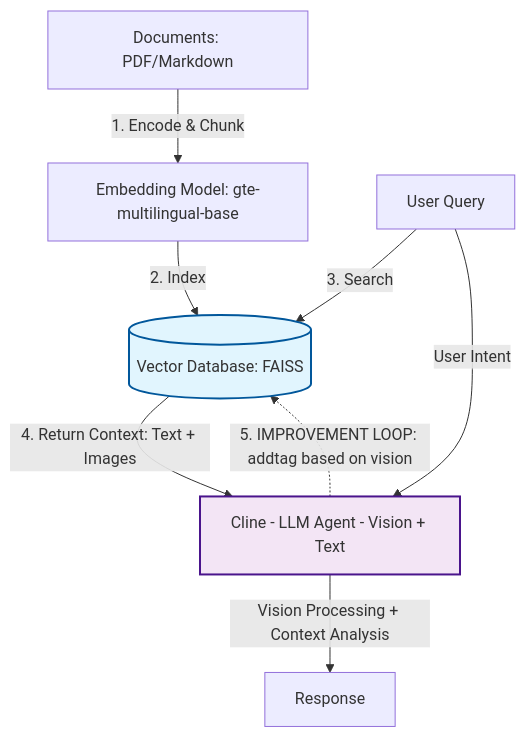
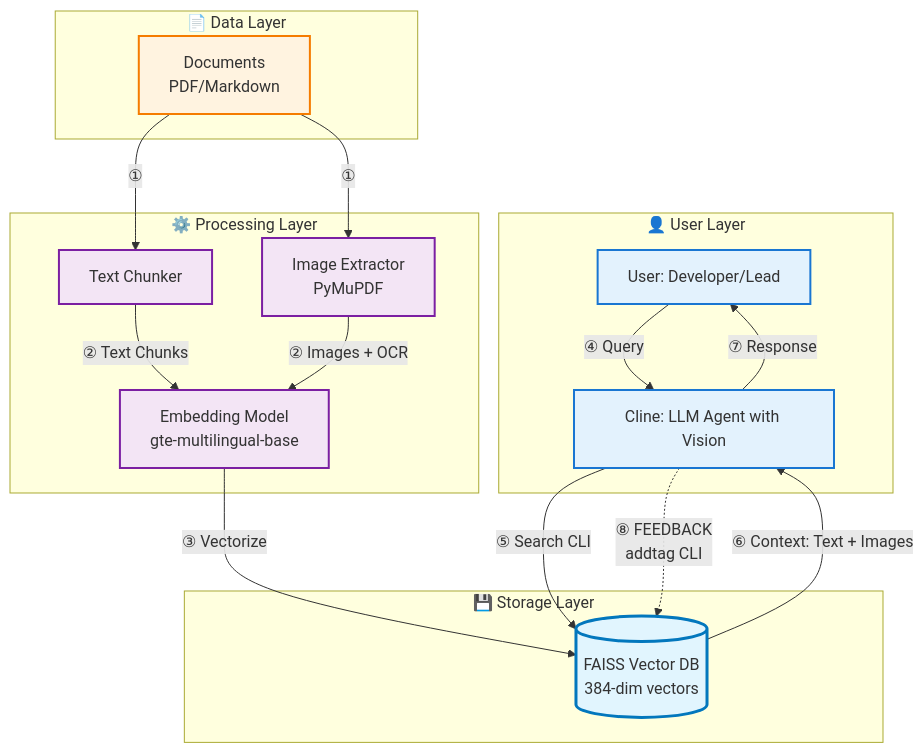
Before and after one commit to ngcix/doc-rag: the fourth of 4 diagrams in report-doc/10-debuit-clineSR.md, drawn with Mermaid. The commit also changed other lines of this file, not shown here.

````diff
--- a/report-doc/10-debuit-clineSR.md
+++ b/report-doc/10-debuit-clineSR.md
@@ -415,31 +415,46 @@
 ```mermaid
-flowchart TD
-    Docs[Documents: PDF/Markdown]
-    Embed[Embedding Model: gte-multilingual-base]
-    DB[(Vector Database: FAISS)]
-    Query[User Query]
-    Cline[Cline - LLM Agent - Vision + Text]
-    Response[Response]
-
-    %% Flow 1: Ingestion
-    Docs -->|1. Encode & Chunk| Embed
-    Embed -->|2. Index| DB
-
-    %% Flow 2: Retrieval
-    Query -->|3. Search| DB
-    DB -->|4. Return Context: Text + Images| Cline
+graph TB
+    subgraph UserLayer [👤 User Layer]
+        User[User: Developer/Lead]
+        Cline[Cline: LLM Agent with Vision]
+    end
     
-    %% Flow 3: Generation
-    Query -->|User Intent| Cline
-    Cline -->|Vision Processing + Context Analysis| Response
-
-    %% Flow 4: Feedback Loop
-    Cline -.->|5. IMPROVEMENT LOOP: addtag based on vision| DB
+    subgraph DataLayer [📄 Data Layer]
+        Docs[Documents<br/>PDF/Markdown]
+    end
+    
+    subgraph ProcessingLayer [⚙️ Processing Layer]
+        Chunker[Text Chunker]
+        ImgExt[Image Extractor<br/>PyMuPDF]
+        Embed[Embedding Model<br/>gte-multilingual-base]
+    end
+    
+    subgraph StorageLayer [💾 Storage Layer]
+        DB[(FAISS Vector DB<br/>384-dim vectors)]
+    end
+    
+    %% Numbered Flow
+    Docs -->|①| Chunker
+    Docs -->|①| ImgExt
+    Chunker -->|② Text Chunks| Embed
+    ImgExt -->|② Images + OCR| Embed
+    Embed -->|③ Vectorize| DB
+    
+    User -->|④ Query| Cline
+    Cline -->|⑤ Search CLI| DB
+    DB -->|⑥ Context: Text + Images| Cline
+    Cline -->|⑦ Response| User
+    
+    Cline -.->|⑧ FEEDBACK<br/>addtag CLI| DB
     
     %% Styling
-    classDef storage fill:#e1f5fe,stroke:#01579b,stroke-width:2px
-    classDef agent fill:#f3e5f5,stroke:#4a148c,stroke-width:2px
+    classDef userStyle fill:#e3f2fd,stroke:#1976d2,stroke-width:2px
+    classDef dataStyle fill:#fff3e0,stroke:#f57c00,stroke-width:2px
+    classDef processStyle fill:#f3e5f5,stroke:#7b1fa2,stroke-width:2px
+    classDef storageStyle fill:#e1f5fe,stroke:#0277bd,stroke-width:3px
     
-    class DB storage
-    class Cline agent
+    class User,Cline userStyle
+    class Docs dataStyle
+    class Chunker,ImgExt,Embed processStyle
+    class DB storageStyle
 ```
````
